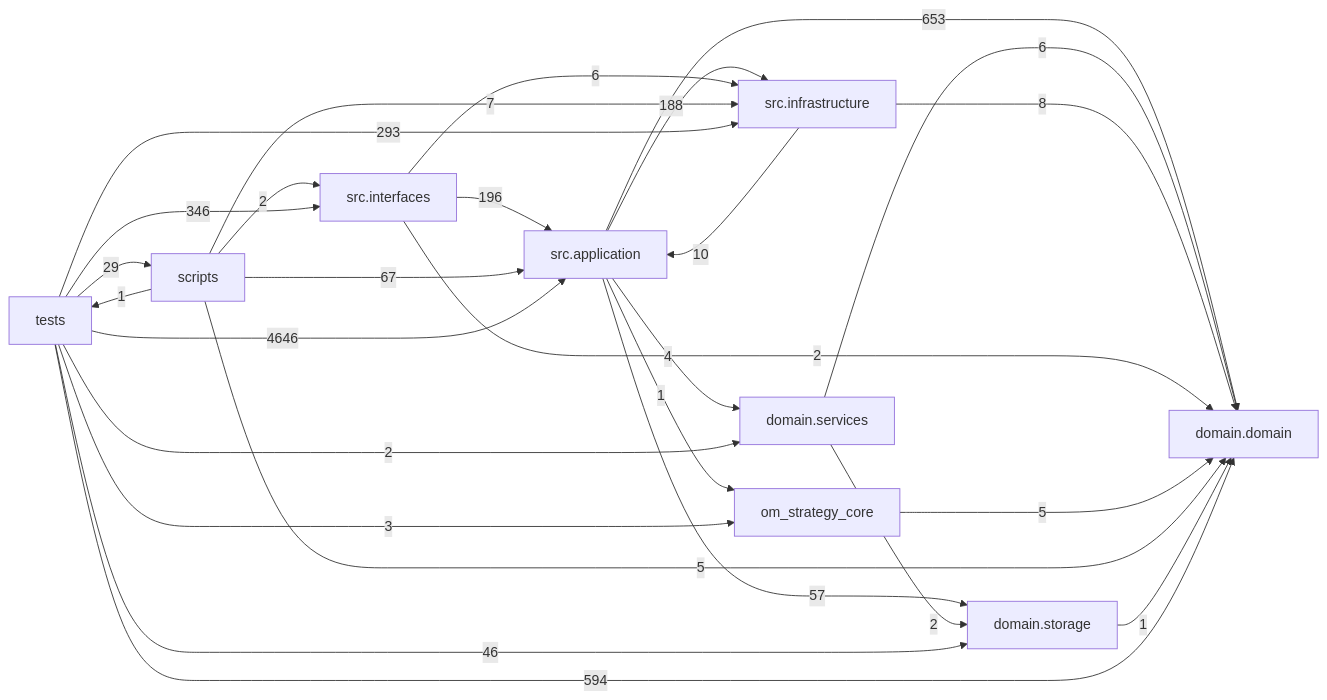
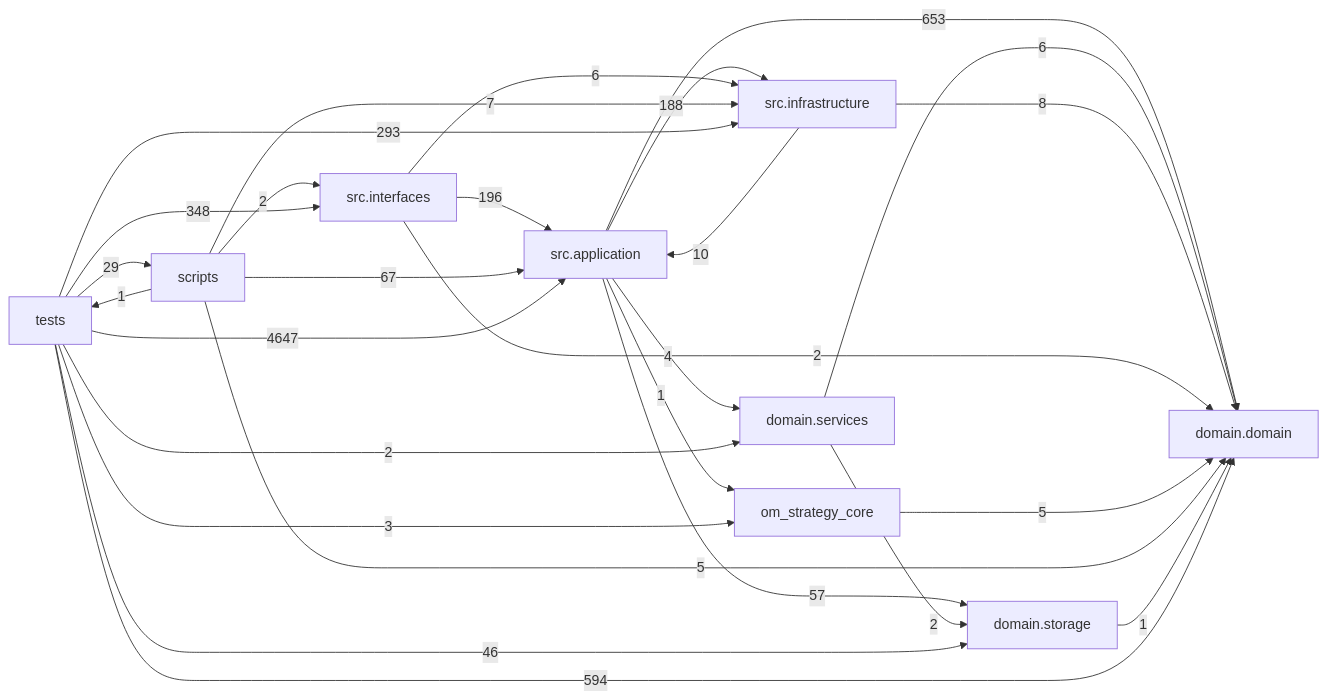
The diagram in docs/DEPENDENCY_GRAPH.md (liuxie066/options-monitor), drawn with Mermaid before and after one commit. The commit also changed other lines of this file and 3 other files, not shown here.

````diff
--- a/docs/DEPENDENCY_GRAPH.md
+++ b/docs/DEPENDENCY_GRAPH.md
@@ -24,38 +24,38 @@
 ```mermaid
 flowchart LR
   tests["tests"]
   scripts["scripts"]
   interfaces["src.interfaces"]
   application["src.application"]
   infrastructure["src.infrastructure"]
   domain_services["domain.services"]
   domain["domain.domain"]
   storage["domain.storage"]
   application -->|653| domain
   application -->|4| domain_services
   application -->|188| infrastructure
   application -->|1| om_strategy_core
   application -->|57| storage
   domain_services -->|6| domain
   domain_services -->|2| storage
   infrastructure -->|10| application
   infrastructure -->|8| domain
   interfaces -->|196| application
   interfaces -->|2| domain
   interfaces -->|6| infrastructure
   om_strategy_core -->|5| domain
   scripts -->|67| application
   scripts -->|5| domain
   scripts -->|7| infrastructure
   scripts -->|2| interfaces
   scripts -->|1| tests
   storage -->|1| domain
-  tests -->|4646| application
+  tests -->|4647| application
   tests -->|594| domain
   tests -->|2| domain_services
   tests -->|293| infrastructure
-  tests -->|346| interfaces
+  tests -->|348| interfaces
   tests -->|3| om_strategy_core
   tests -->|29| scripts
   tests -->|46| storage
 ```
````
